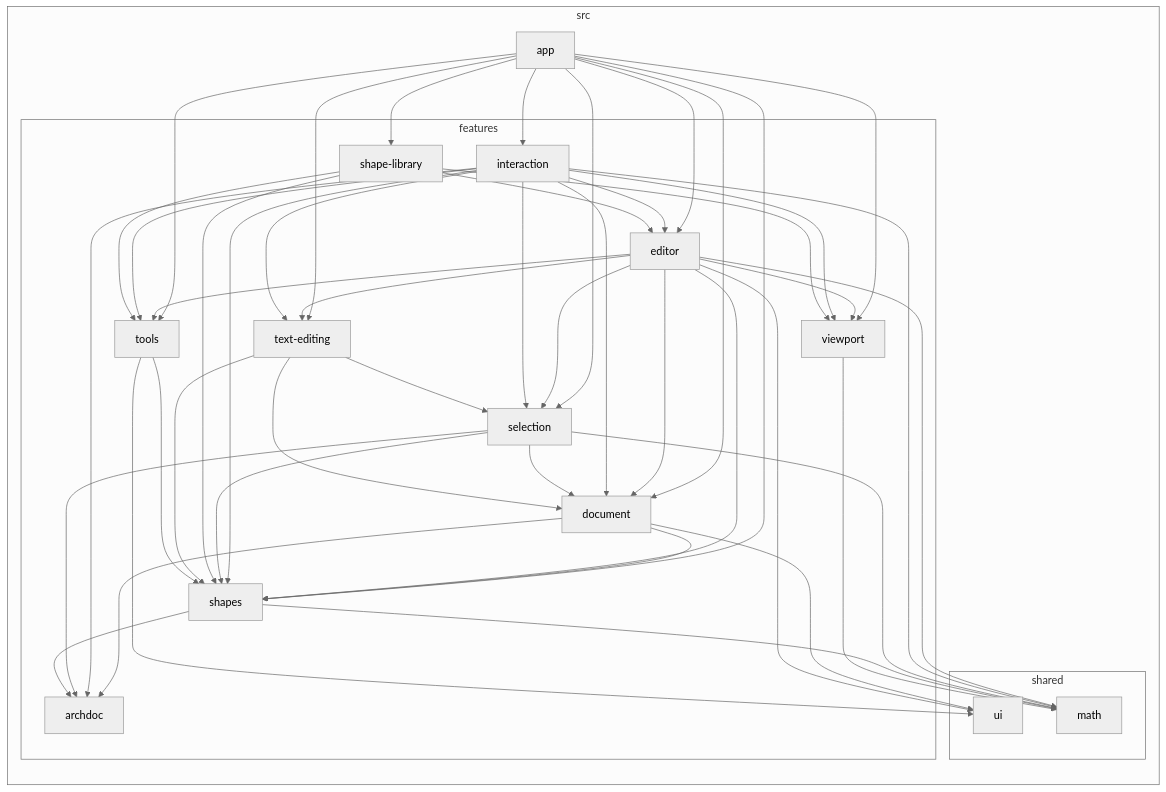
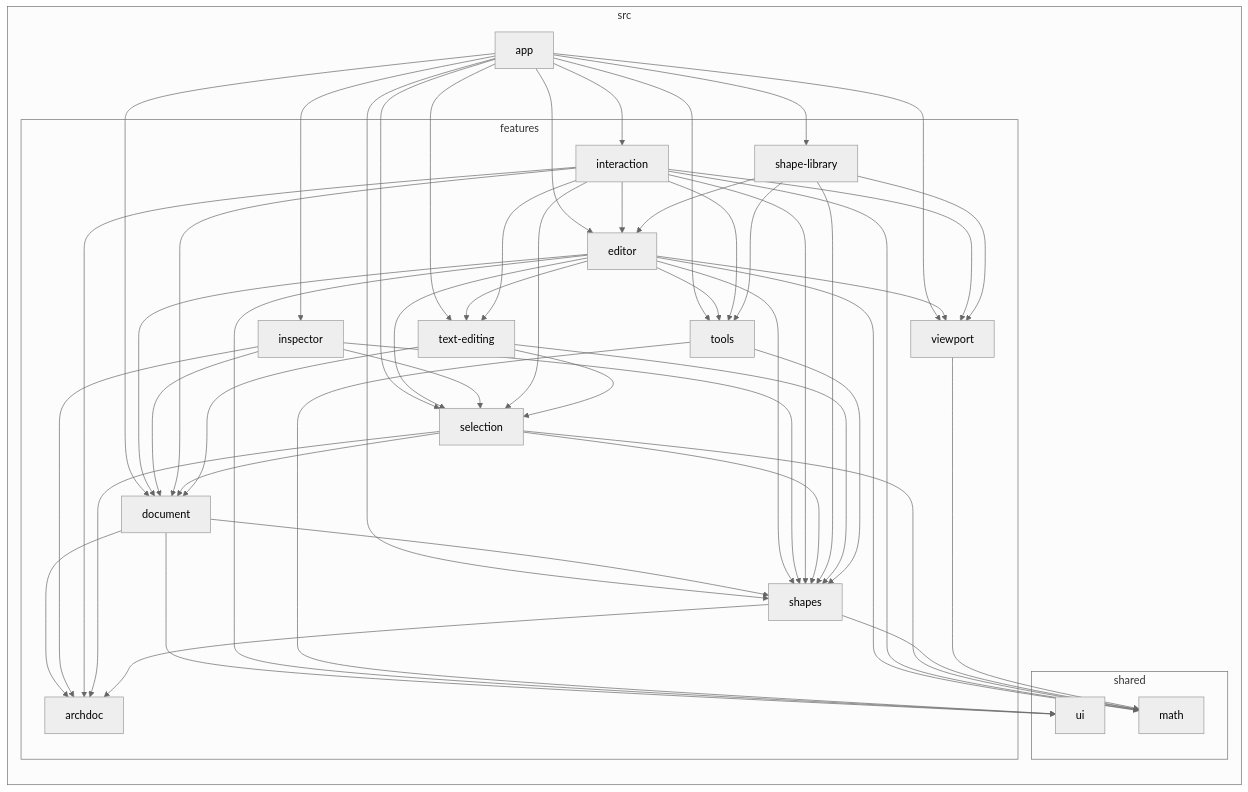
One commit to Kobe-Vandenberghe/Slate changed the first of 2 diagrams in docs/ARCHITECTURE.md. Above: the diagram before and after it, drawn with Mermaid (neutral theme). The commit also changed other lines of this file and 23 other files, not shown here.

````diff
--- a/docs/ARCHITECTURE.md
+++ b/docs/ARCHITECTURE.md
@@ -34,68 +34,74 @@
 ```mermaid
 flowchart LR
 
 subgraph 0["src"]
 1["app"]
 subgraph 2["features"]
 3["archdoc"]
 4["document"]
 5["editor"]
-6["interaction"]
-7["selection"]
-8["shape-library"]
-9["shapes"]
-A["text-editing"]
-B["tools"]
-C["viewport"]
+6["inspector"]
+7["interaction"]
+8["selection"]
+9["shape-library"]
+A["shapes"]
+B["text-editing"]
+C["tools"]
+D["viewport"]
 end
-subgraph D["shared"]
-E["math"]
-F["ui"]
+subgraph E["shared"]
+F["math"]
+G["ui"]
 end
 end
 1-->4
 1-->5
 1-->6
 1-->7
 1-->8
-1-->A
+1-->9
 1-->B
 1-->C
-1-->9
-4-->F
+1-->D
+1-->A
+4-->G
 4-->3
-4-->9
+4-->A
 5-->4
-5-->7
-5-->9
+5-->8
 5-->A
+5-->B
+5-->D
+5-->F
+5-->G
 5-->C
-5-->E
-5-->F
-5-->B
+6-->3
 6-->4
-6-->5
-6-->7
+6-->8
 6-->A
-6-->B
-6-->C
-6-->9
-6-->E
-6-->3
-7-->E
 7-->4
-7-->9
+7-->5
+7-->8
+7-->B
+7-->C
+7-->D
+7-->A
+7-->F
 7-->3
-8-->9
-8-->B
-8-->5
-8-->C
-9-->3
-9-->E
-A-->4
-A-->7
-A-->9
-B-->F
-B-->9
-C-->E
+8-->F
+8-->4
+8-->A
+8-->3
+9-->A
+9-->C
+9-->5
+9-->D
+A-->3
+A-->F
+B-->4
+B-->8
+B-->A
+C-->G
+C-->A
+D-->F
 ```
````
